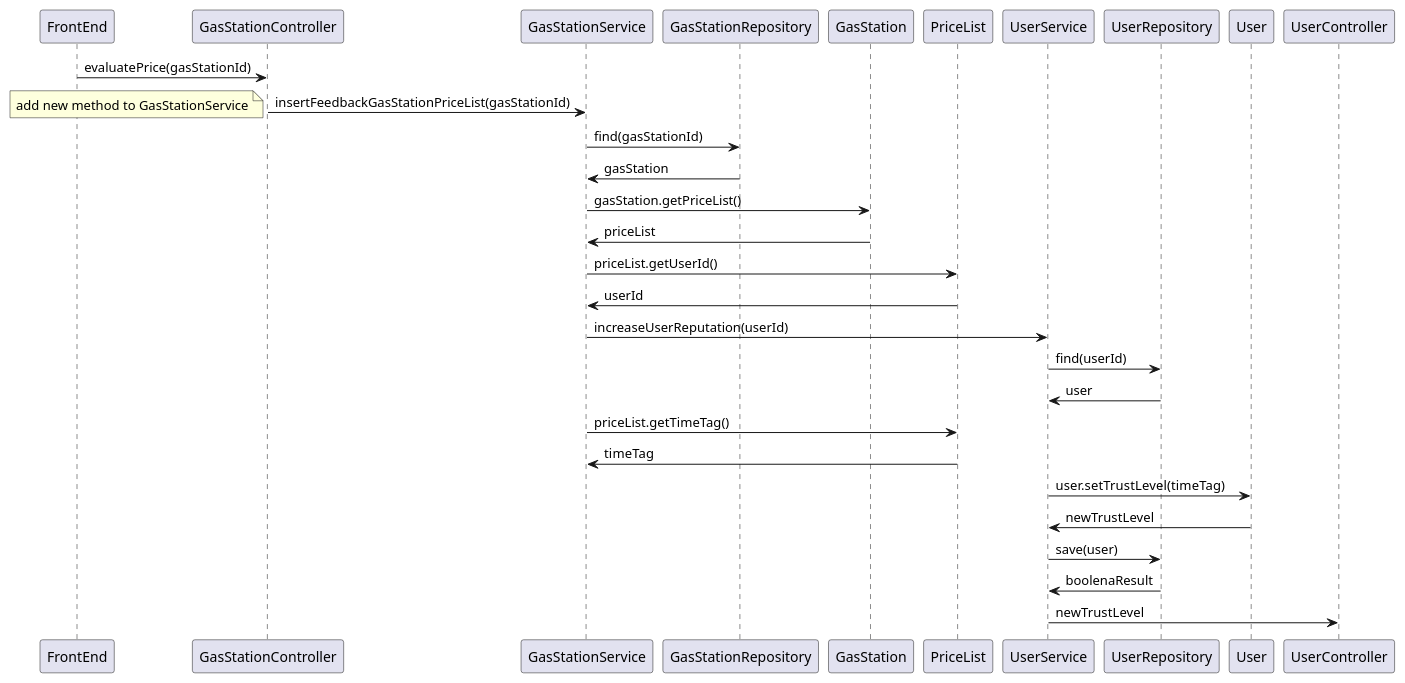
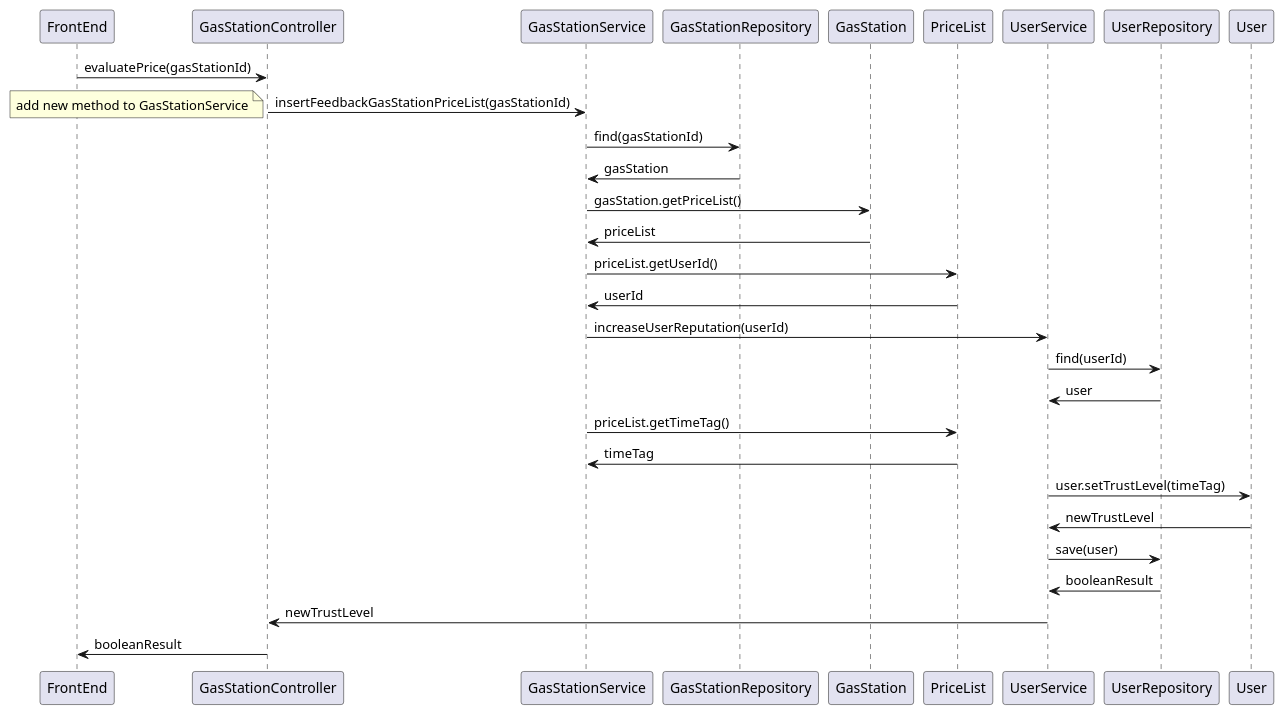
Before and after one commit to CangaRouter/ExGas: diagram 13 of 13 in docs/DesignDocument.md, drawn with PlantUML. The commit also changed other lines of this file, not shown here.

Commit message:
docs: fix sequence diagrams

````diff
--- a/docs/DesignDocument.md
+++ b/docs/DesignDocument.md
@@ -685,23 +692,24 @@
 ```plantuml
 @startuml
     FrontEnd -> GasStationController : evaluatePrice(gasStationId)
     GasStationController -> GasStationService: insertFeedbackGasStationPriceList(gasStationId)
     note left: add new method to GasStationService
     GasStationService -> GasStationRepository: find(gasStationId)
     GasStationRepository -> GasStationService: gasStation
     GasStationService->  GasStation: gasStation.getPriceList()
     GasStation -> GasStationService: priceList
     GasStationService -> PriceList: priceList.getUserId()
     PriceList -> GasStationService: userId
     GasStationService -> UserService: increaseUserReputation(userId)
     UserService -> UserRepository: find(userId)
     UserRepository -> UserService: user
     GasStationService -> PriceList: priceList.getTimeTag()
     PriceList -> GasStationService: timeTag
     UserService -> User: user.setTrustLevel(timeTag)
     User -> UserService: newTrustLevel
     UserService -> UserRepository: save(user)
-    UserRepository -> UserService: boolenaResult
-    UserService -> UserController: newTrustLevel
+    UserRepository -> UserService: booleanResult
+    UserService -> GasStationController: newTrustLevel
+    GasStationController -> FrontEnd: booleanResult
 @enduml
 ```
````
